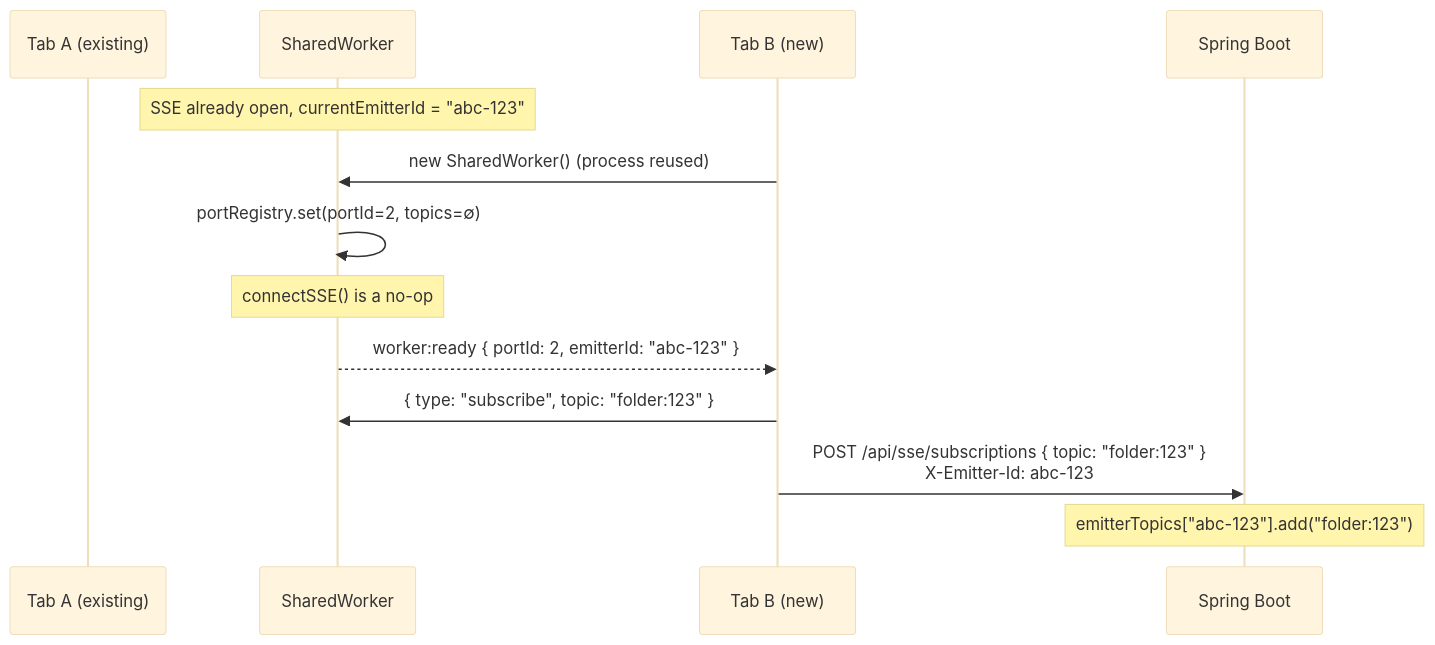
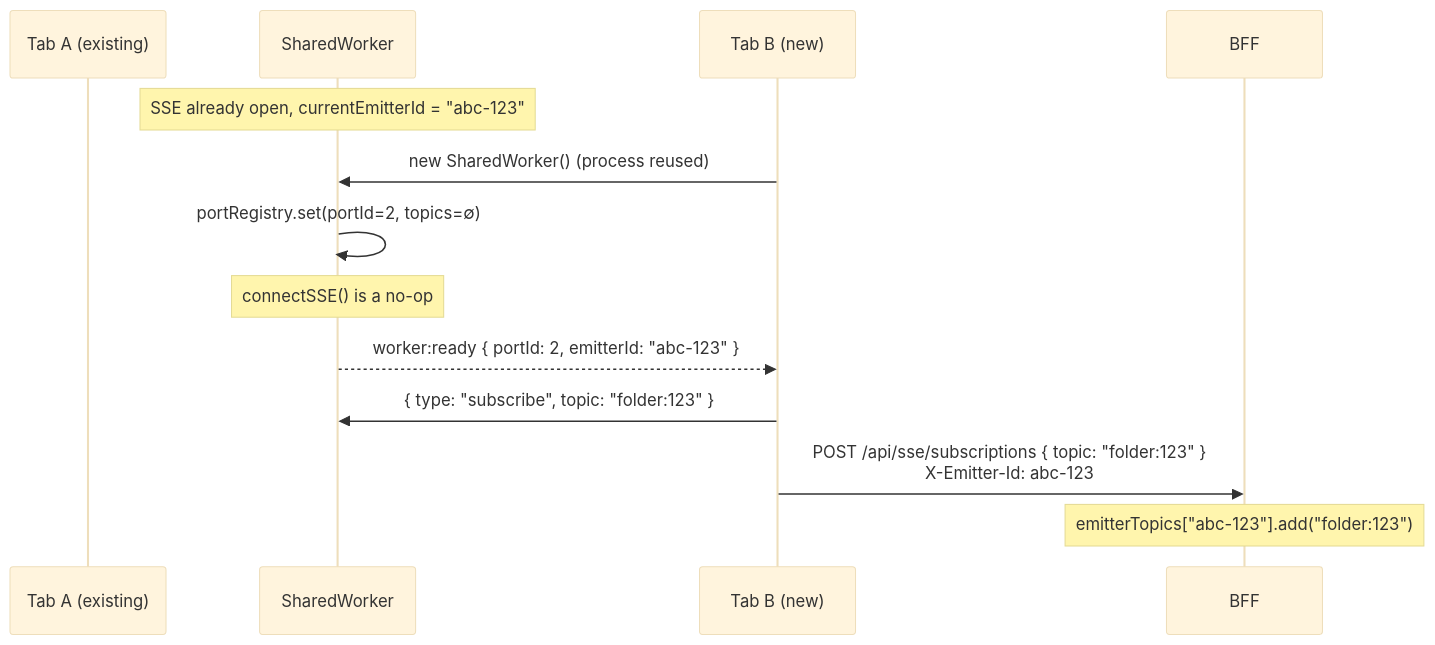
One commit to iarroyo/sse-demo changed the second of 7 diagrams in SSE-DIAGRAMS.md. Above: the diagram before and after it, drawn with Mermaid (base theme). The commit also changed other lines of this file, not shown here.

Commit message:
docs(diagrams): rename Spring Boot to BFF in sequence diagrams

````diff
--- a/SSE-DIAGRAMS.md
+++ b/SSE-DIAGRAMS.md
@@ -42,18 +42,18 @@
 ```mermaid
 sequenceDiagram
     participant TabA as Tab A (existing)
     participant Worker as SharedWorker
     participant TabB as Tab B (new)
-    participant Server as Spring Boot
+    participant Server as BFF
 
     Note over Worker: SSE already open, currentEmitterId = "abc-123"
 
     TabB->>Worker: new SharedWorker() (process reused)
     Worker->>Worker: portRegistry.set(portId=2, topics=∅)
     Note over Worker: connectSSE() is a no-op
     Worker-->>TabB: worker:ready { portId: 2, emitterId: "abc-123" }
 
     TabB->>Worker: { type: "subscribe", topic: "folder:123" }
     TabB->>Server: POST /api/sse/subscriptions { topic: "folder:123" }<br/>X-Emitter-Id: abc-123
     Note over Server: emitterTopics["abc-123"].add("folder:123")
 ```
````
